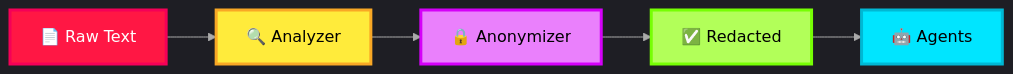
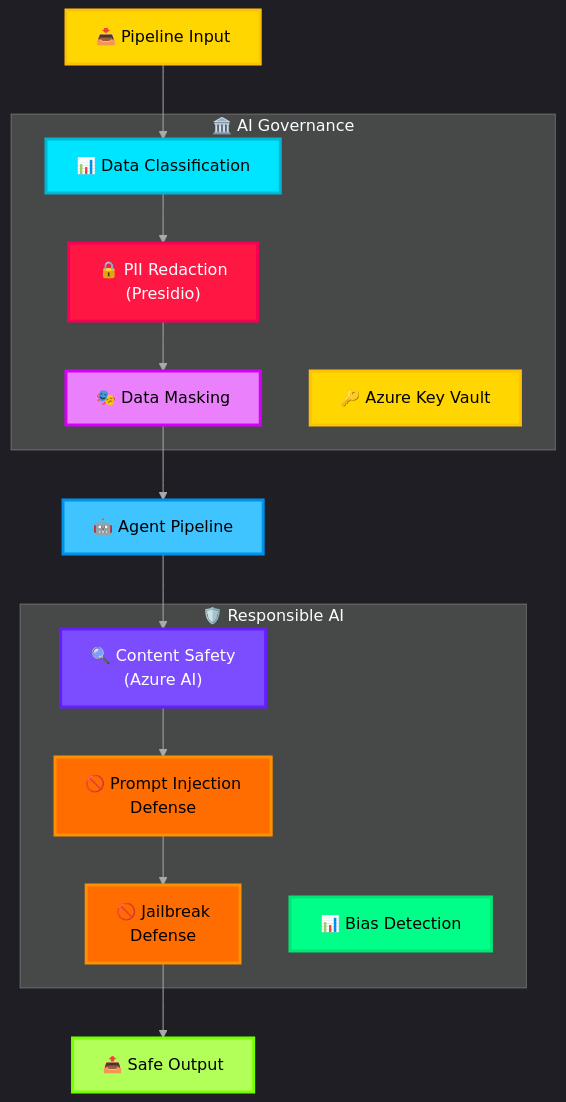
One commit to thanhauco/agentic-ai-icm-system changed the diagram in docs/12-safety-governance.md. Above: the diagram before and after it, drawn with Mermaid. The commit also changed other lines of this file and 1 other file, not shown here.

````diff
--- a/docs/12-safety-governance.md
+++ b/docs/12-safety-governance.md
@@ -20,14 +9,37 @@
 ```mermaid
 %%{init: {'theme': 'dark', 'themeVariables': {'lineColor': '#AAAAAA'}}}%%
-graph LR
-    A["📄 Raw Text"] --> B["🔍 Analyzer"]
-    B --> C["🔒 Anonymizer"]
-    C --> D["✅ Redacted"]
-    D --> E["🤖 Agents"]
+graph TD
+    subgraph Governance ["🏛️ AI Governance"]
+        DC["📊 Data Classification"]
+        PII["🔒 PII Redaction<br>(Presidio)"]
+        MASK["🎭 Data Masking"]
+        KV["🔑 Azure Key Vault"]
+    end
+    subgraph ResponsibleAI ["🛡️ Responsible AI"]
+        PI["🚫 Prompt Injection<br>Defense"]
+        JB["🚫 Jailbreak<br>Defense"]
+        CS["🔍 Content Safety<br>(Azure AI)"]
+        BIAS["📊 Bias Detection"]
+    end
 
-    style A fill:#FF1744,stroke:#F50057,stroke-width:3px,color:#fff
-    style B fill:#FFEB3B,stroke:#F9A825,stroke-width:3px,color:#000
-    style C fill:#EA80FC,stroke:#D500F9,stroke-width:3px,color:#000
-    style D fill:#B2FF59,stroke:#76FF03,stroke-width:3px,color:#000
-    style E fill:#00E5FF,stroke:#00B8D4,stroke-width:3px,color:#000
+    RawInput["📥 Pipeline Input"] --> DC
+    DC --> PII
+    PII --> MASK
+    MASK --> Pipeline["🤖 Agent Pipeline"]
+    Pipeline --> CS
+    CS --> PI
+    PI --> JB
+    JB --> Output["📤 Safe Output"]
+
+    style RawInput fill:#FFD600,stroke:#FFC107,stroke-width:3px,color:#000
+    style DC fill:#00E5FF,stroke:#00B8D4,stroke-width:3px,color:#000
+    style PII fill:#FF1744,stroke:#F50057,stroke-width:3px,color:#fff
+    style MASK fill:#EA80FC,stroke:#D500F9,stroke-width:3px,color:#000
+    style KV fill:#FFD600,stroke:#FFC107,stroke-width:3px,color:#000
+    style PI fill:#FF6D00,stroke:#FF9100,stroke-width:3px,color:#000
+    style JB fill:#FF6D00,stroke:#FF9100,stroke-width:3px,color:#000
+    style CS fill:#7C4DFF,stroke:#651FFF,stroke-width:3px,color:#fff
+    style BIAS fill:#00FF88,stroke:#00E676,stroke-width:3px,color:#000
+    style Pipeline fill:#40C4FF,stroke:#0091EA,stroke-width:3px,color:#000
+    style Output fill:#B2FF59,stroke:#76FF03,stroke-width:3px,color:#000
 ```
````
